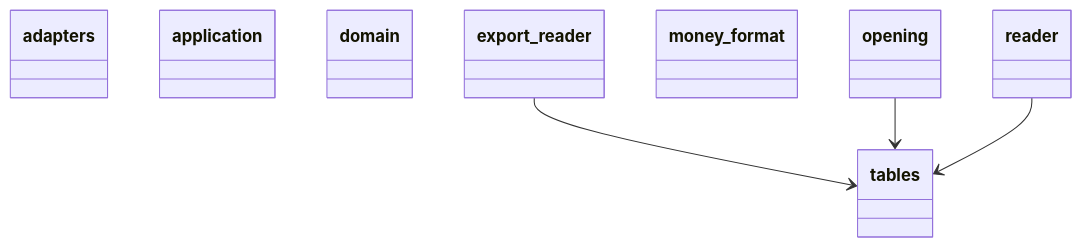
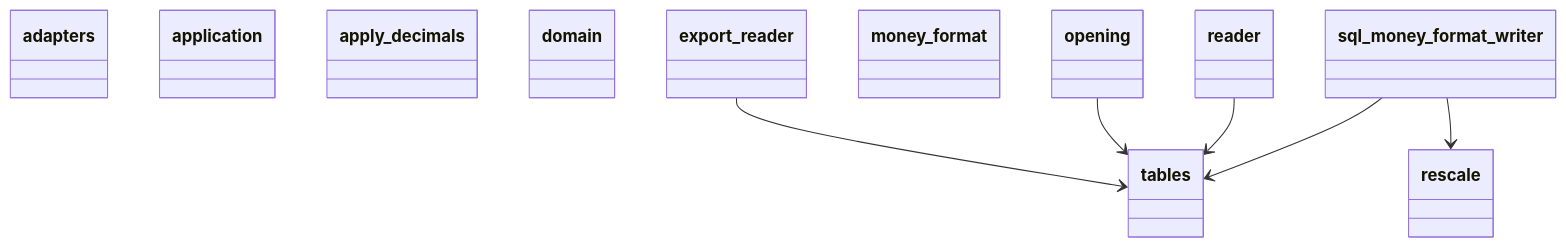
One commit to GonzaloZevallos/apostrophe changed the first of 4 diagrams in docs/architecture/generated/classes/money_format.md. Above: the diagram before and after it, drawn with Mermaid. The commit also changed other lines of this file, not shown here.

Commit message:
Regenerate the money_format class diagram for ApplyDecimals

````diff
--- a/docs/architecture/generated/classes/money_format.md
+++ b/docs/architecture/generated/classes/money_format.md
@@ -7,22 +7,30 @@
 ```mermaid
 classDiagram
   class adapters {
   }
   class application {
+  }
+  class apply_decimals {
   }
   class domain {
   }
   class export_reader {
   }
   class money_format {
   }
   class opening {
   }
   class reader {
   }
+  class rescale {
+  }
+  class sql_money_format_writer {
+  }
   class tables {
   }
   export_reader --> tables
   opening --> tables
   reader --> tables
+  sql_money_format_writer --> rescale
+  sql_money_format_writer --> tables
 ```
````
